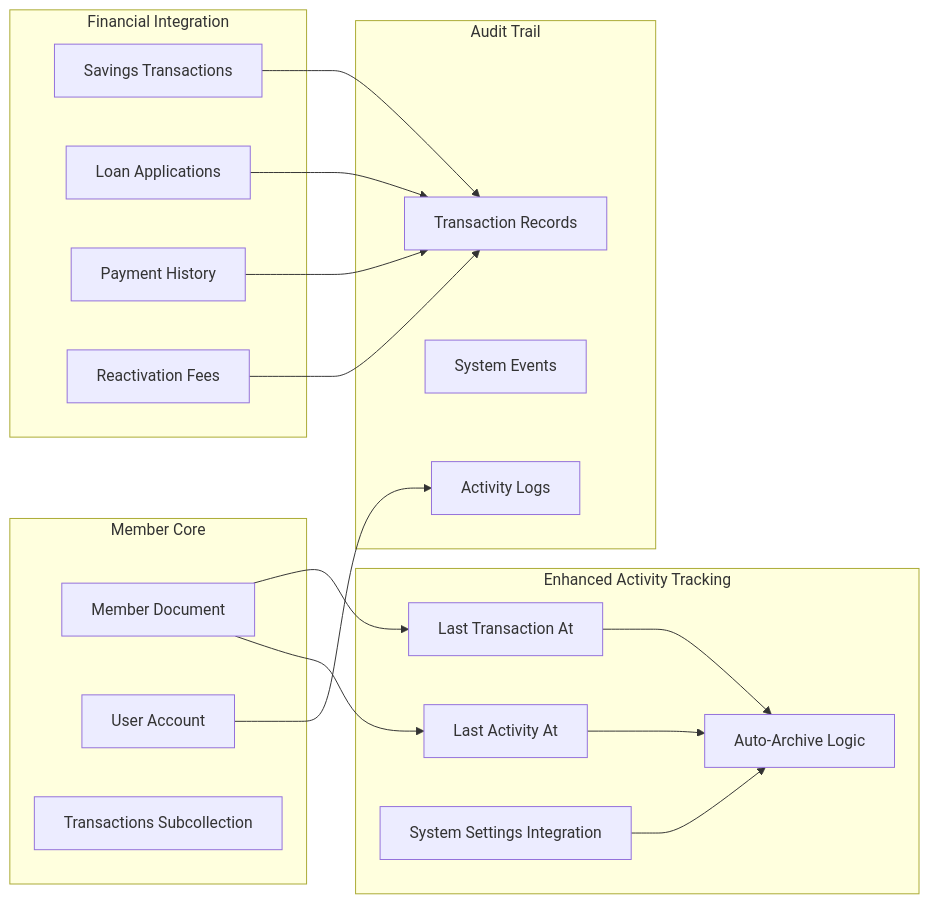
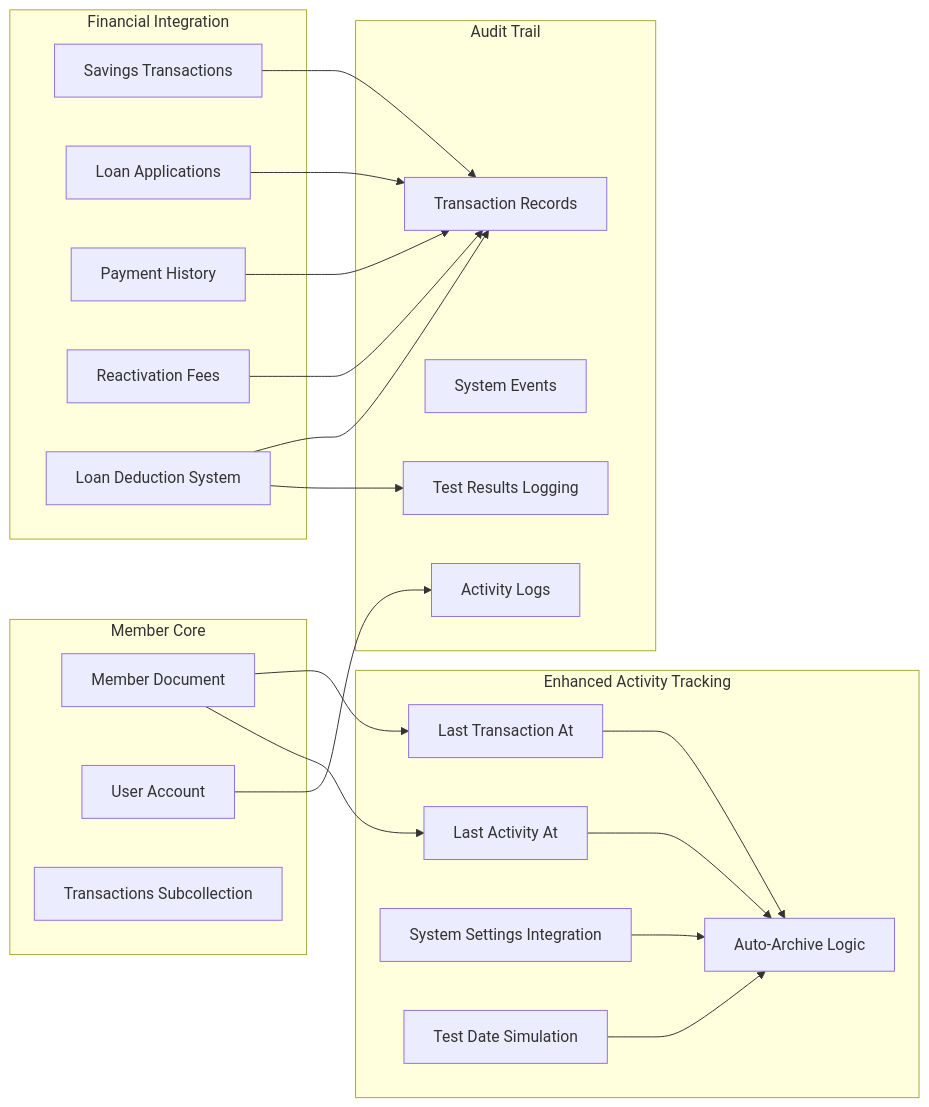
The eighth of 14 diagrams in .qoder/repowiki/en/content/Member Management System/Member Records System.md (Unsure-bry/sampacoop_system), drawn with Mermaid before and after one commit. The commit also changed other lines of this file and 4 other files, not shown here.

````diff
--- a/.qoder/repowiki/en/content/Member Management System/Member Records System.md
+++ b/.qoder/repowiki/en/content/Member Management System/Member Records System.md
@@ -405,35 +423,41 @@
 ```mermaid
 graph LR
 subgraph "Member Core"
 A[Member Document]
 B[User Account]
 C[Transactions Subcollection]
 end
 subgraph "Enhanced Activity Tracking"
 D[Last Transaction At]
 E[Last Activity At]
 F[Auto-Archive Logic]
 G[System Settings Integration]
+H[Test Date Simulation]
 end
 subgraph "Financial Integration"
-H[Savings Transactions]
-I[Loan Applications]
-J[Payment History]
-K[Reactivation Fees]
+I[Savings Transactions]
+J[Loan Applications]
+K[Payment History]
+L[Reactivation Fees]
+M[Loan Deduction System]
 end
 subgraph "Audit Trail"
-L[Activity Logs]
-M[System Events]
-N[Transaction Records]
+N[Activity Logs]
+O[System Events]
+P[Transaction Records]
+Q[Test Results Logging]
 end
 A --> D
 A --> E
 D --> F
 E --> F
 G --> F
-B --> L
-H --> N
-I --> N
-J --> N
-K --> N
+H --> F
+B --> N
+I --> P
+J --> P
+K --> P
+L --> P
+M --> P
+M --> Q
 ```
````
